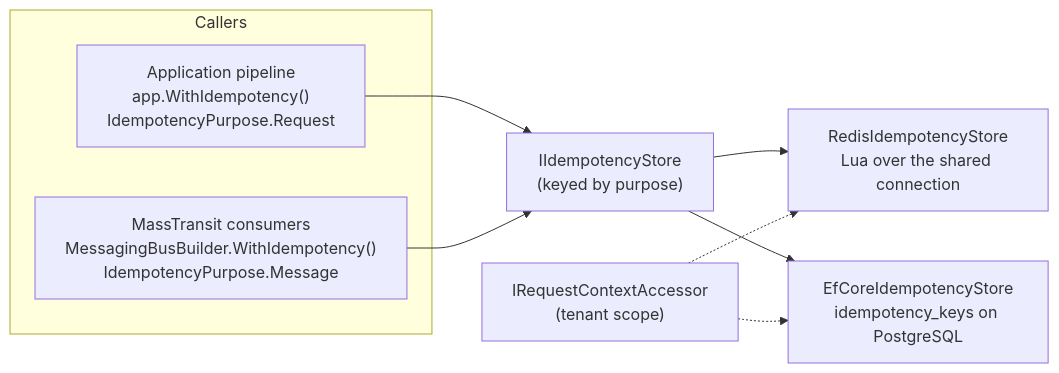
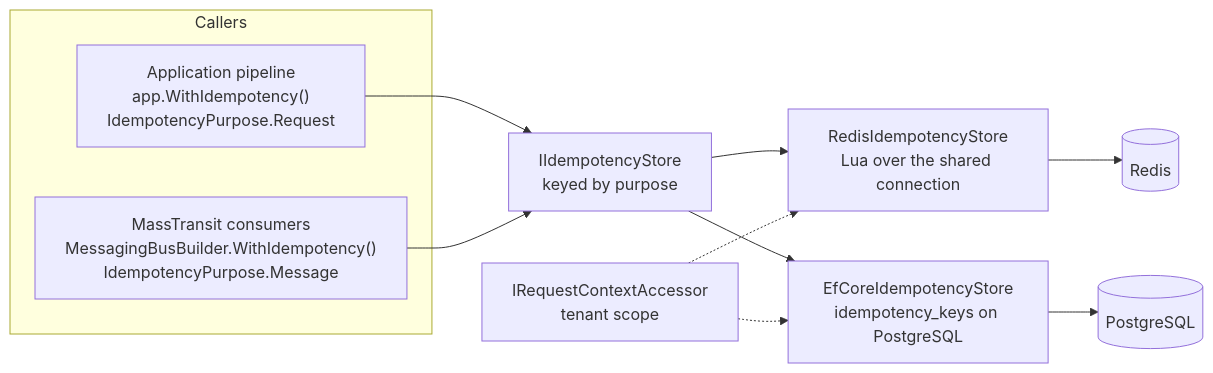
Before and after one commit to Gresta-Vertex-Labs/platform-shared-kernel: the diagram in src/Infrastructure/Idempotency/README.md, drawn with Mermaid. The commit also changed other lines of this file and 228 other files, not shown here.

````diff
--- a/src/Infrastructure/Idempotency/README.md
+++ b/src/Infrastructure/Idempotency/README.md
@@ -44,14 +52,16 @@
 ```mermaid
 flowchart LR
     subgraph Callers
         P["Application pipeline<br/>app.WithIdempotency()<br/>IdempotencyPurpose.Request"]
         M["MassTransit consumers<br/>MessagingBusBuilder.WithIdempotency()<br/>IdempotencyPurpose.Message"]
     end
-    A["IIdempotencyStore<br/>(keyed by purpose)"]
+    A["IIdempotencyStore<br/>keyed by purpose"]
     P --> A
     M --> A
     A --> R["RedisIdempotencyStore<br/>Lua over the shared connection"]
     A --> E["EfCoreIdempotencyStore<br/>idempotency_keys on PostgreSQL"]
-    X["IRequestContextAccessor<br/>(tenant scope)"] -.-> R
+    R --> RD[("Redis")]
+    E --> PG[("PostgreSQL")]
+    X["IRequestContextAccessor<br/>tenant scope"] -.-> R
     X -.-> E
 ```
````
